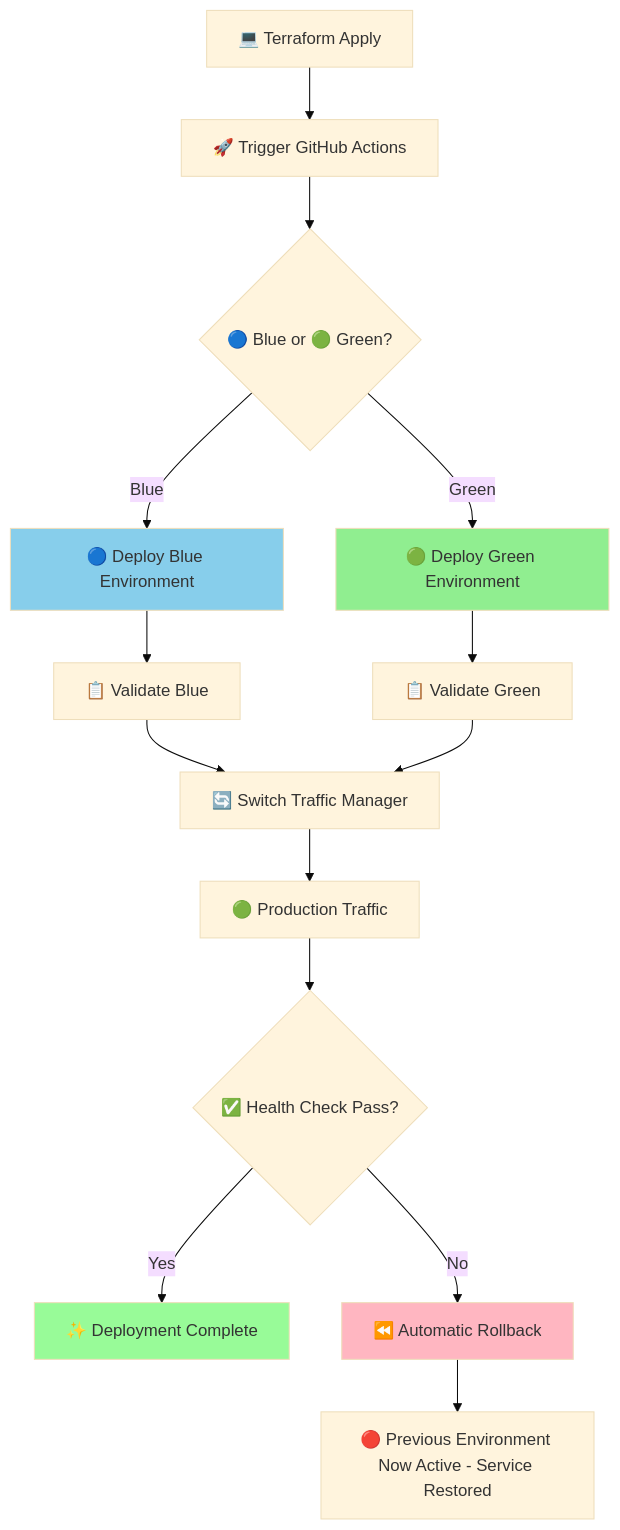
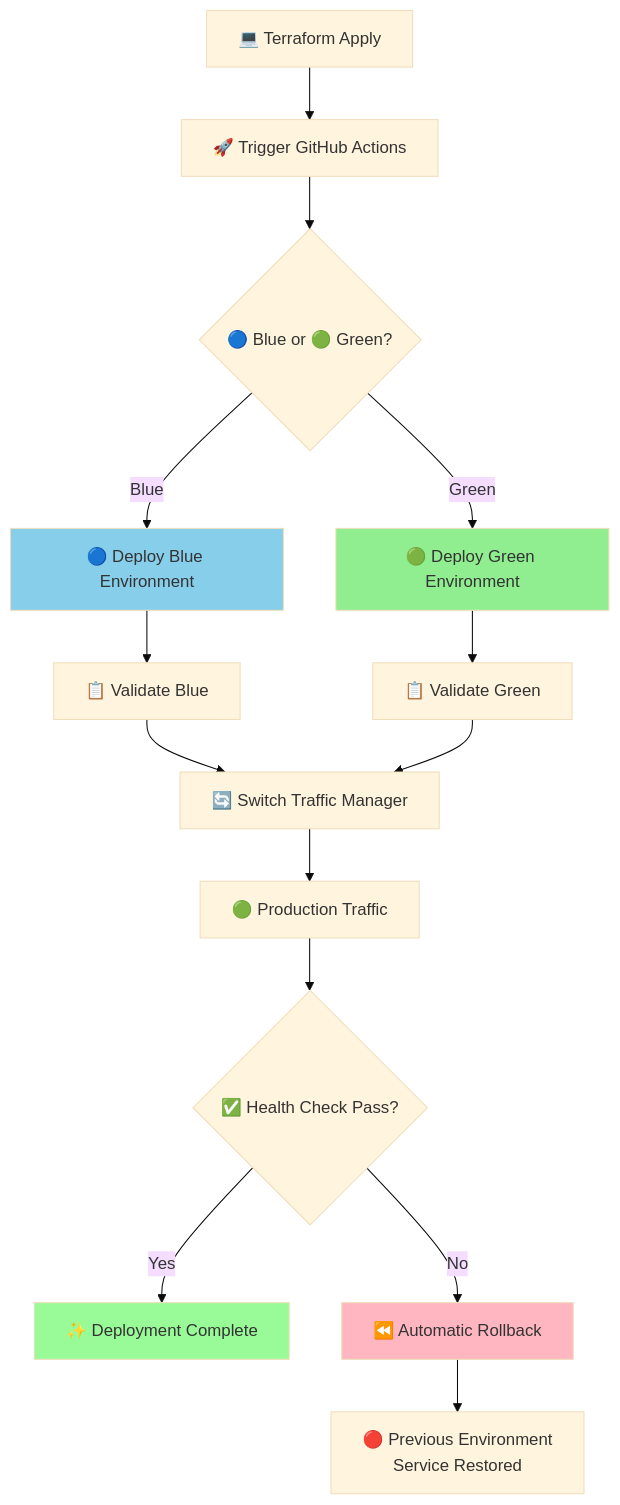
One commit to bshongwe/sql-data-analytics-project changed the first of 2 diagrams in README-DevOps.md. Above: the diagram before and after it, drawn with Mermaid (base theme).

Commit message:
Increased with <br /> -- 10-08-2025 -- 14:08 SAST

````diff
--- a/README-DevOps.md
+++ b/README-DevOps.md
@@ -73,27 +73,27 @@
 ```mermaid
 flowchart TD
     A[💻 Terraform Apply] --> B[🚀 Trigger GitHub Actions]
     B --> C{🔵 Blue or 🟢 Green?}
     
     C -->|Blue| D1[🔵 Deploy Blue Environment]
     C -->|Green| D2[🟢 Deploy Green Environment]
     
     D1 --> E1[📋 Validate Blue]
     D2 --> E2[📋 Validate Green]
     
     E1 --> F[🔄 Switch Traffic Manager]
     E2 --> F
     
     F --> G[🟢 Production Traffic]
     
     G --> H{✅ Health Check Pass?}
     H -->|Yes| I[✨ Deployment Complete]
     H -->|No| J[⏪ Automatic Rollback]
     
-    J --> K[🔴 Previous Environment Now Active - Service Restored]
+    J --> K[🔴 Previous Environment<br/>Service Restored]
     
     style D1 fill:#87CEEB
     style D2 fill:#90EE90
     style I fill:#98FB98
     style J fill:#FFB6C1
 ```
````
